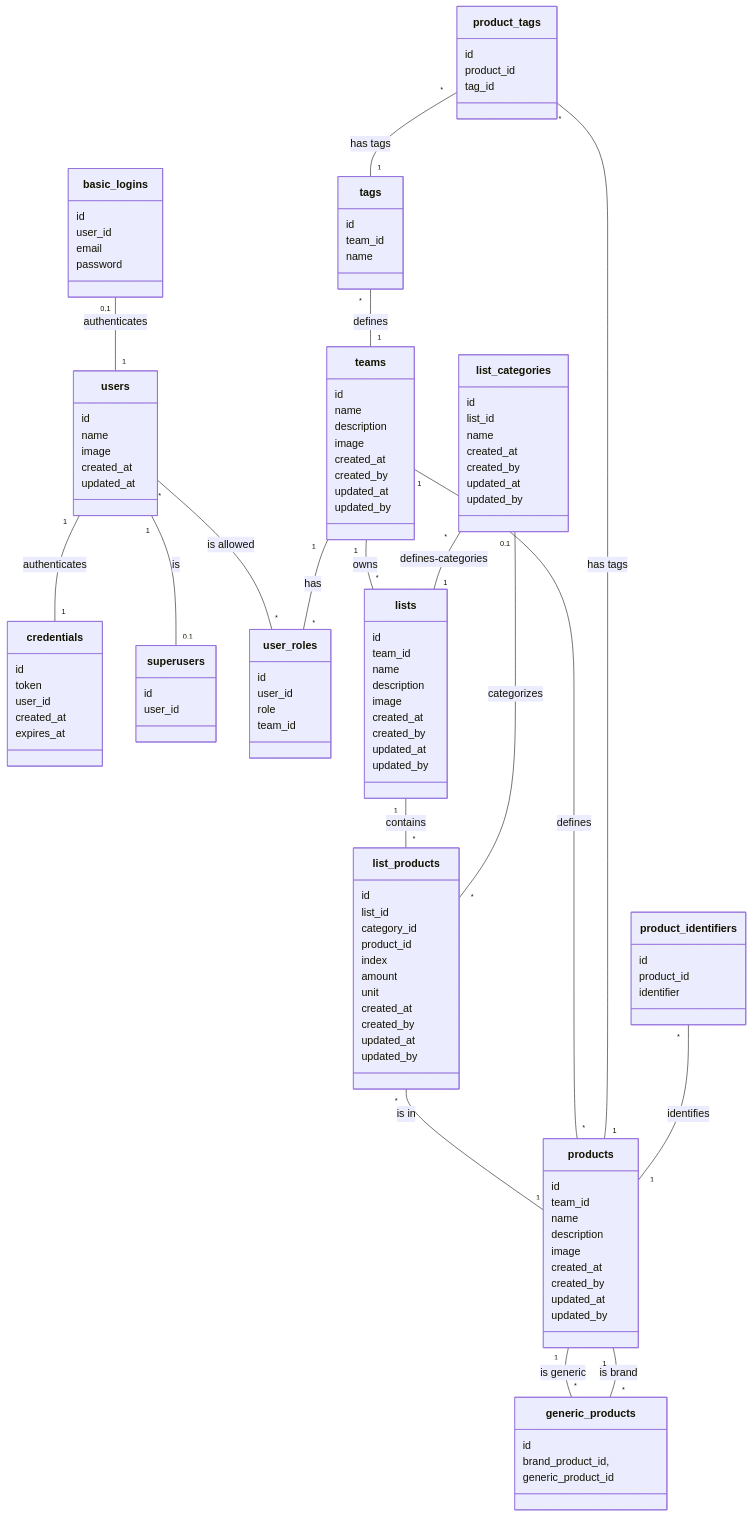
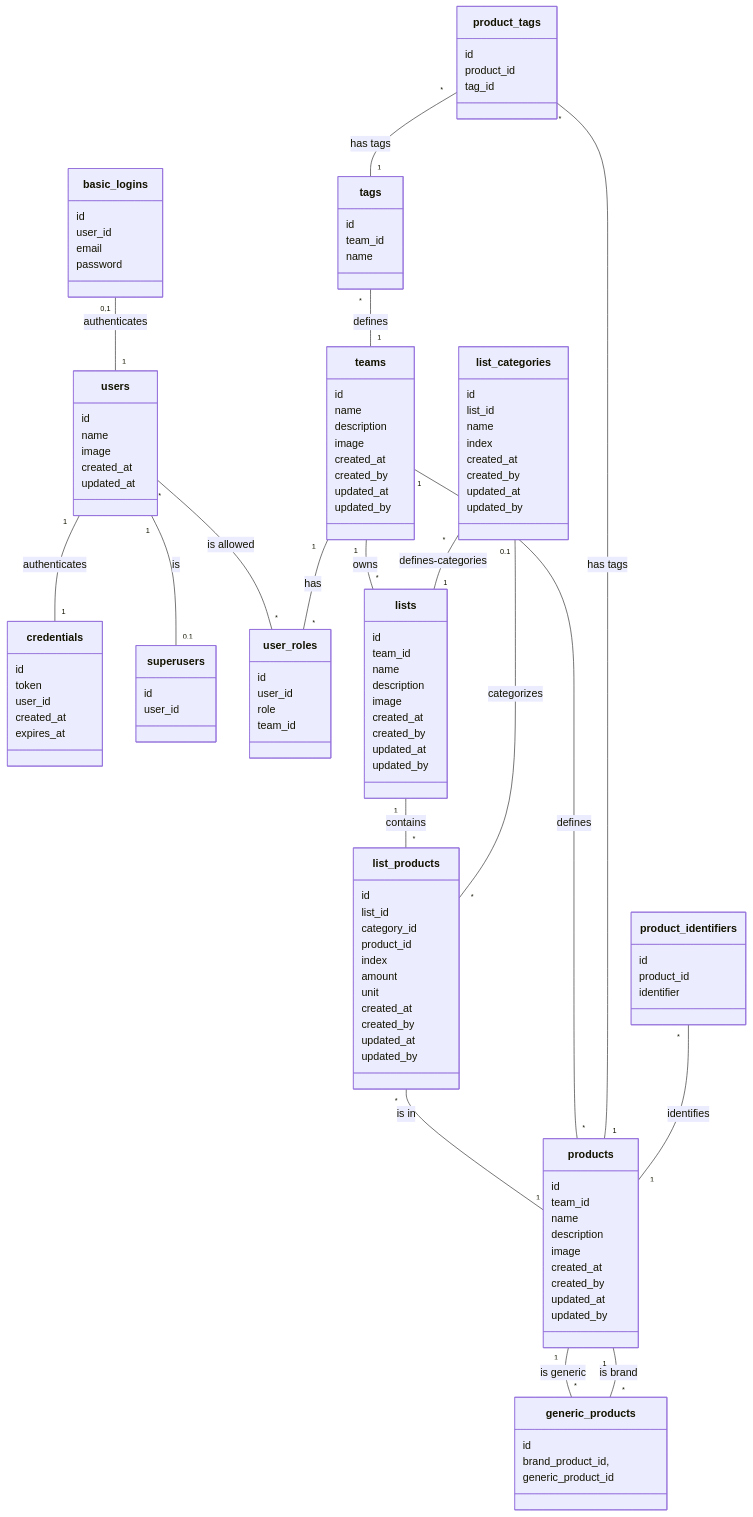
One commit to Jkutkut/ShopList changed the diagram in docs/db.md. Above: the diagram before and after it, drawn with Mermaid. The commit also changed 1 other file, not shown here.

Commit message:
feat: db list category index + index sql validation

```diff
--- a/docs/db.md
+++ b/docs/db.md
@@ -91,6 +91,7 @@
         id
         list_id
         name
+        index
         created_at
         created_by
         updated_at
```
